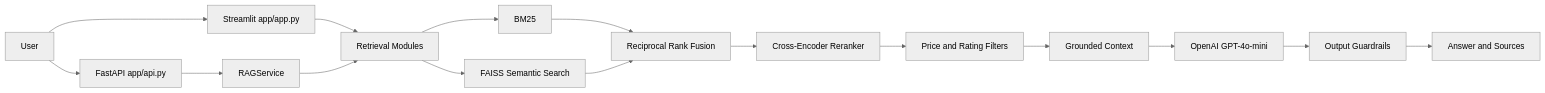
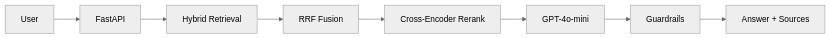
The diagram in README.md (komalpreet10/Amazon_Product_Query_Assistant), drawn with Mermaid (neutral theme) before and after one commit. The commit also changed other lines of this file, not shown here.

````diff
--- a/README.md
+++ b/README.md
@@ -18,18 +16,6 @@
 ```mermaid
 flowchart LR
-    U[User] --> API[FastAPI app/api.py]
-    U --> ST[Streamlit app/app.py]
-    API --> SVC[RAGService]
-    ST --> RET[Retrieval Modules]
-    SVC --> RET
-    RET --> BM25[BM25]
-    RET --> FAISS[FAISS Semantic Search]
-    BM25 --> RRF[Reciprocal Rank Fusion]
-    FAISS --> RRF
-    RRF --> CE[Cross-Encoder Reranker]
-    CE --> TOOLS[Price and Rating Filters]
-    TOOLS --> CTX[Grounded Context]
-    CTX --> LLM[OpenAI GPT-4o-mini]
-    LLM --> GUARD[Output Guardrails]
-    GUARD --> CITES[Answer and Sources]
+    U[User] --> API[FastAPI] --> RET[Hybrid Retrieval]
+    RET --> RRF[RRF Fusion] --> CE[Cross-Encoder Rerank]
+    CE --> LLM[GPT-4o-mini] --> GUARD[Guardrails] --> CITES[Answer + Sources]
 ```
````
